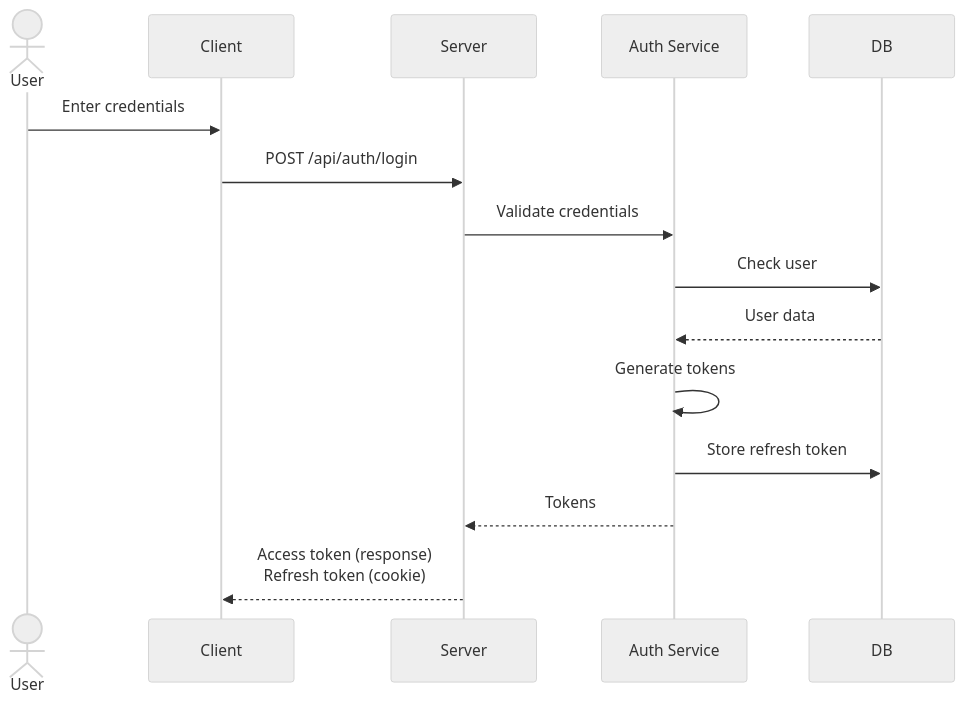
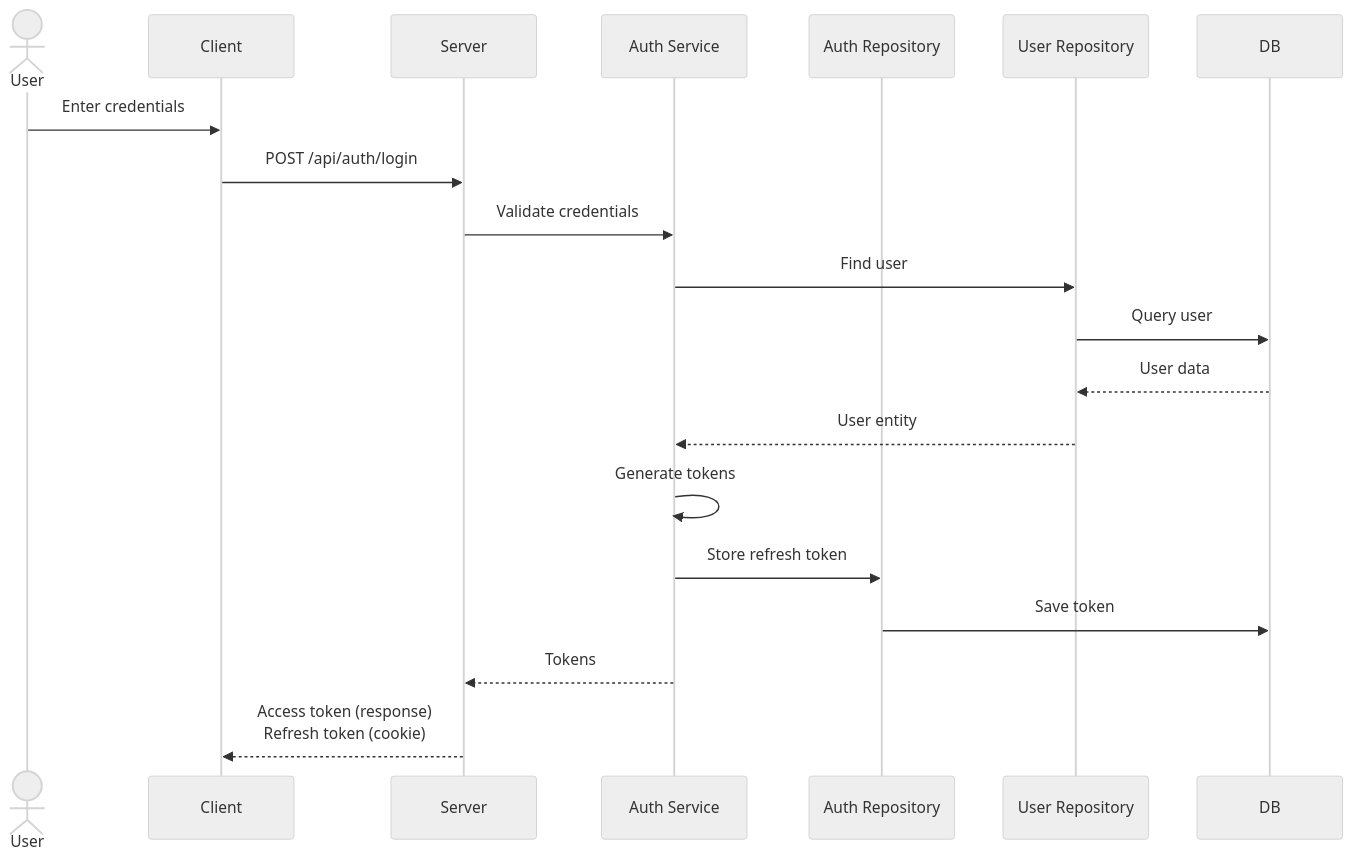
Before and after one commit to ifindev/secure-authentication: the first of 4 diagrams in server/README.md, drawn with Mermaid (neutral theme). The commit also changed other lines of this file, not shown here.

````diff
--- a/server/README.md
+++ b/server/README.md
@@ -92,18 +92,23 @@
 ```mermaid
 sequenceDiagram
     actor User
     participant Client
     participant Server
     participant Auth Service
+    participant Auth Repository
+    participant User Repository
     participant DB
 
     User->>Client: Enter credentials
     Client->>Server: POST /api/auth/login
     Server->>Auth Service: Validate credentials
-    Auth Service->>DB: Check user
-    DB-->>Auth Service: User data
+    Auth Service->>User Repository: Find user
+    User Repository->>DB: Query user
+    DB-->>User Repository: User data
+    User Repository-->>Auth Service: User entity
     Auth Service->>Auth Service: Generate tokens
-    Auth Service->>DB: Store refresh token
+    Auth Service->>Auth Repository: Store refresh token
+    Auth Repository->>DB: Save token
     Auth Service-->>Server: Tokens
     Server-->>Client: Access token (response)<br/>Refresh token (cookie)
 ```
````
